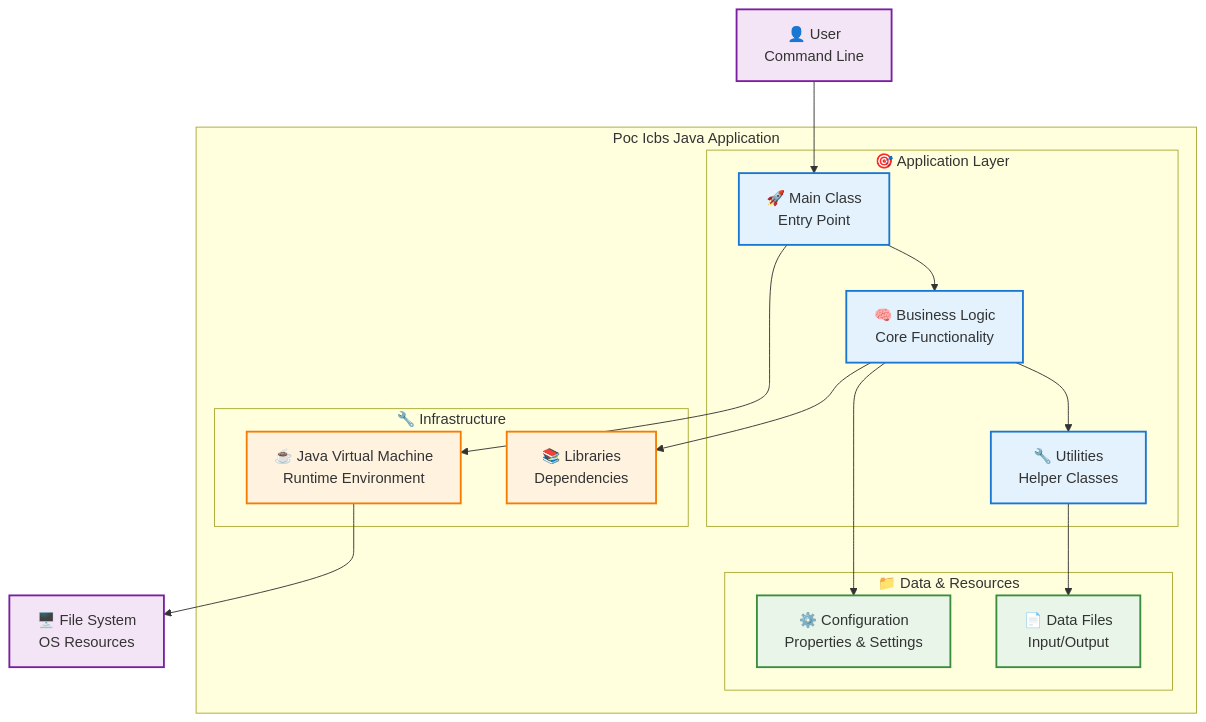
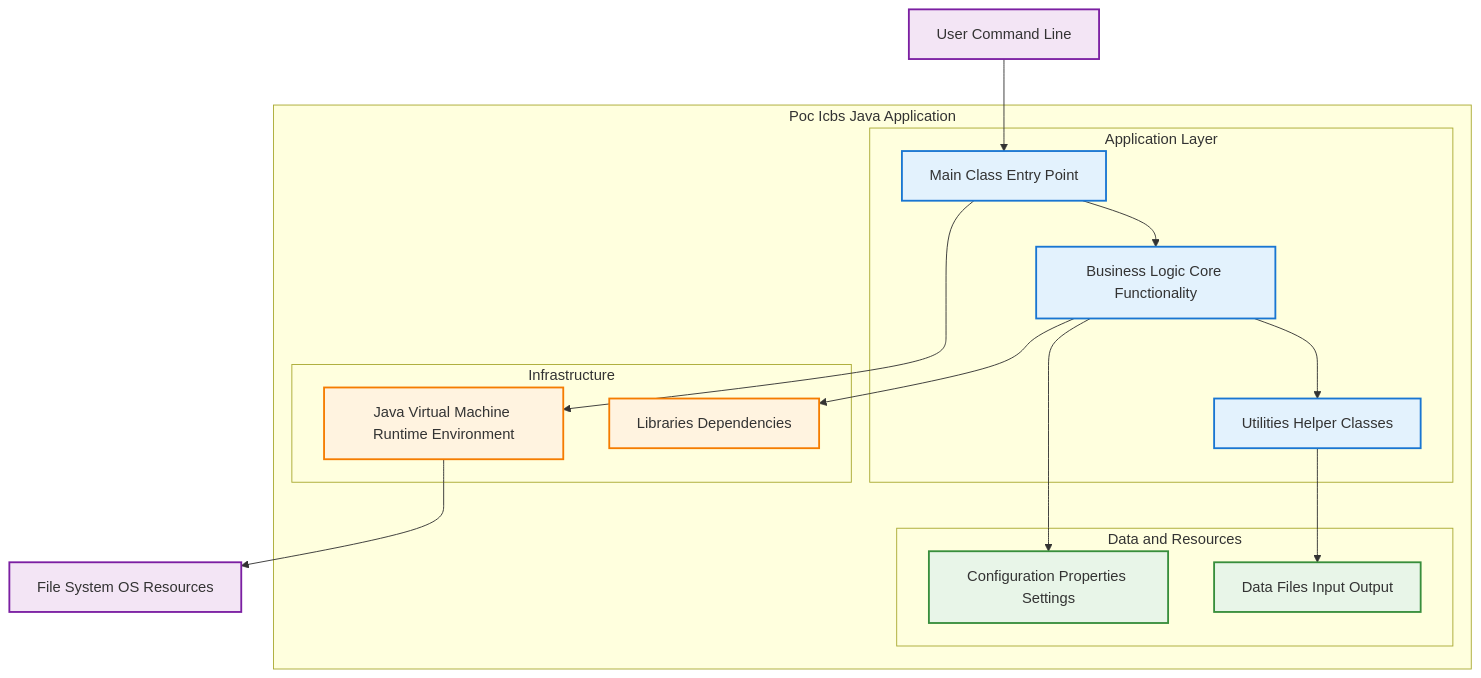
Before and after one commit to giovanemere/poc-icbs: the first of 3 diagrams in docs/architecture.md, drawn with Mermaid. The commit also changed other lines of this file and 19 other files, not shown here.

````diff
--- a/docs/architecture.md
+++ b/docs/architecture.md
@@ -14,45 +14,42 @@
 ```mermaid
 graph TB
     subgraph "Poc Icbs Java Application"
-        subgraph "🎯 Application Layer"
-            Main[🚀 Main Class<br/>Entry Point]
-            Logic[🧠 Business Logic<br/>Core Functionality]
-            Utils[🔧 Utilities<br/>Helper Classes]
+        subgraph "Application Layer"
+            Main[Main Class Entry Point]
+            Logic[Business Logic Core Functionality]
+            Utils[Utilities Helper Classes]
         end
         
-        subgraph "📁 Data & Resources"
-            Config[⚙️ Configuration<br/>Properties & Settings]
-            Files[📄 Data Files<br/>Input/Output]
+        subgraph "Data and Resources"
+            Config[Configuration Properties Settings]
+            Files[Data Files Input Output]
         end
         
-        subgraph "🔧 Infrastructure"
-            JVM[☕ Java Virtual Machine<br/>Runtime Environment]
-            Libs[📚 Libraries<br/>Dependencies]
+        subgraph "Infrastructure"
+            JVM[Java Virtual Machine Runtime Environment]
+            Libs[Libraries Dependencies]
         end
     end
     
-    %% External Systems
-    User[👤 User<br/>Command Line]
-    System[🖥️ File System<br/>OS Resources]
+    User[User Command Line]
+    System[File System OS Resources]
     
-    %% Connections
     User --> Main
     Main --> Logic
     Logic --> Utils
     Logic --> Config
     Utils --> Files
     Main --> JVM
     JVM --> System
     Logic --> Libs
     
-    %% Styling
     classDef app fill:#e3f2fd,stroke:#1976d2,stroke-width:2px
     classDef data fill:#e8f5e8,stroke:#388e3c,stroke-width:2px
     classDef infra fill:#fff3e0,stroke:#f57c00,stroke-width:2px
     classDef external fill:#f3e5f5,stroke:#7b1fa2,stroke-width:2px
     
     class Main,Logic,Utils app
     class Config,Files data
     class JVM,Libs infra
     class User,System external
 ```
````
